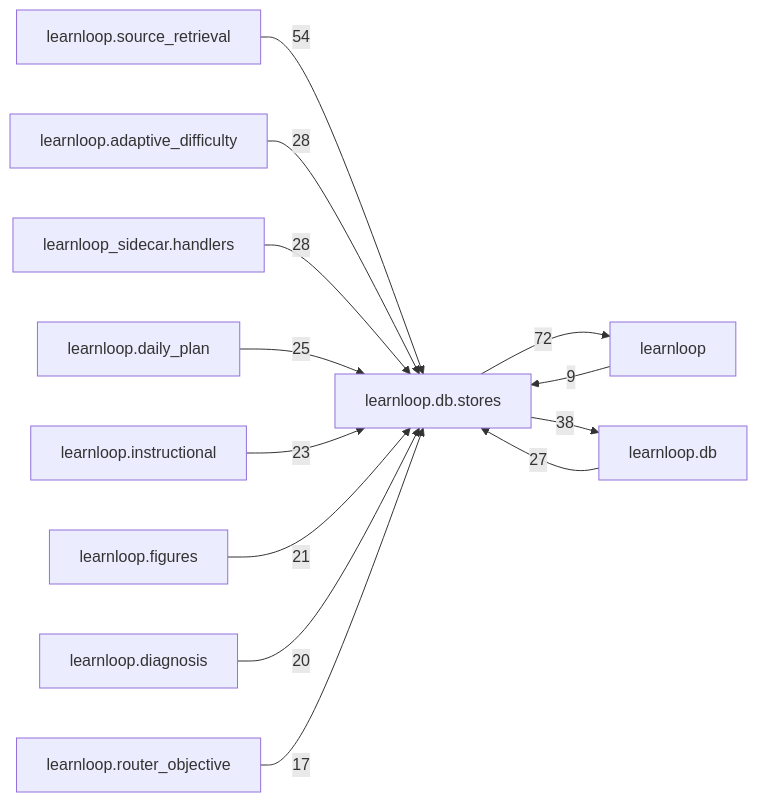
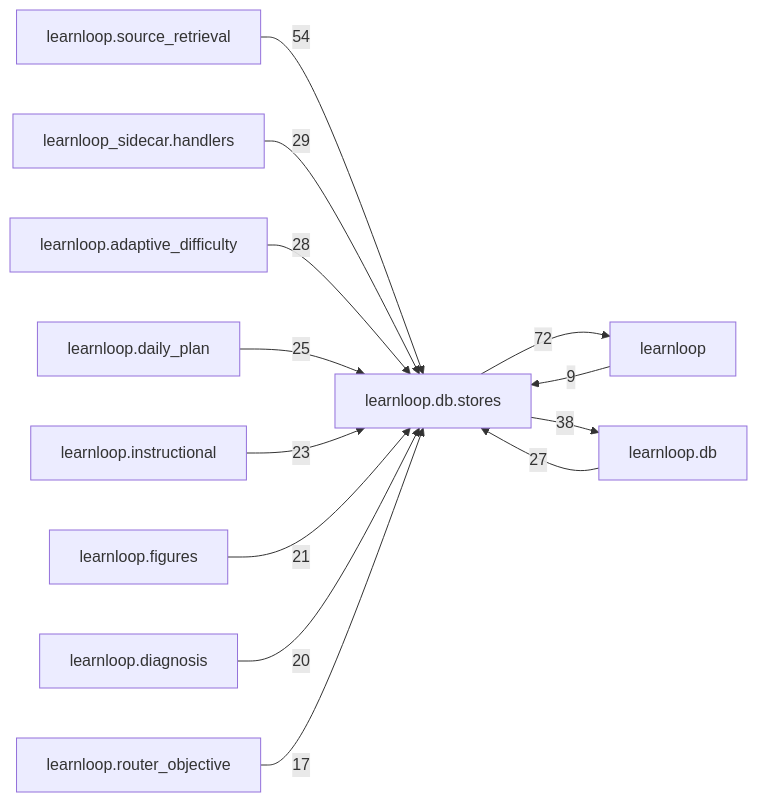
One commit to 6up-b/learnanything changed the diagram in docs/learnloop-architecture-vault/Reference/Modules/learnloop/db/stores/_package.md. Above: the diagram before and after it, drawn with Mermaid. The commit also changed other lines of this file and 46 other files, not shown here.

````diff
--- a/docs/learnloop-architecture-vault/Reference/Modules/learnloop/db/stores/_package.md
+++ b/docs/learnloop-architecture-vault/Reference/Modules/learnloop/db/stores/_package.md
@@ -274,26 +276,26 @@
 ```mermaid
 flowchart LR
     center["learnloop.db.stores"]
     n_learnloop["learnloop"]
     n_learnloop_db["learnloop.db"]
     n_learnloop_source_retrieval["learnloop.source_retrieval"]
+    n_learnloop_sidecar_handlers["learnloop_sidecar.handlers"]
     n_learnloop_adaptive_difficulty["learnloop.adaptive_difficulty"]
-    n_learnloop_sidecar_handlers["learnloop_sidecar.handlers"]
     n_learnloop_daily_plan["learnloop.daily_plan"]
     n_learnloop_instructional["learnloop.instructional"]
     n_learnloop_figures["learnloop.figures"]
     n_learnloop_diagnosis["learnloop.diagnosis"]
     n_learnloop_router_objective["learnloop.router_objective"]
     n_learnloop -->|9| center
     center -->|72| n_learnloop
     n_learnloop_db -->|27| center
     center -->|38| n_learnloop_db
     n_learnloop_source_retrieval -->|54| center
+    n_learnloop_sidecar_handlers -->|29| center
     n_learnloop_adaptive_difficulty -->|28| center
-    n_learnloop_sidecar_handlers -->|28| center
     n_learnloop_daily_plan -->|25| center
     n_learnloop_instructional -->|23| center
     n_learnloop_figures -->|21| center
     n_learnloop_diagnosis -->|20| center
     n_learnloop_router_objective -->|17| center
 ```
````
